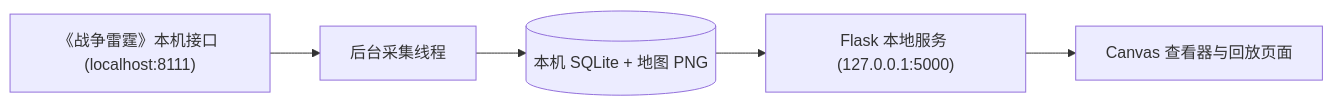
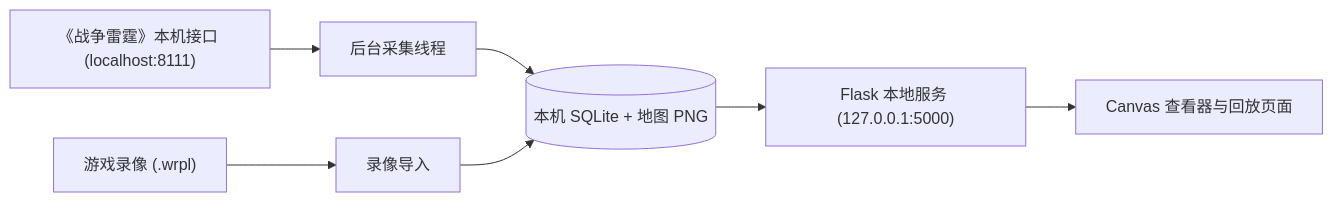
One commit to EvergardenRoxy/WarThunder-Plotter-Plus changed the diagram in README.zh-CN.md. Above: the diagram before and after it, drawn with Mermaid. The commit also changed other lines of this file and 18 other files, not shown here.

````diff
--- a/README.zh-CN.md
+++ b/README.zh-CN.md
@@ -99,7 +99,9 @@
 ```mermaid
 flowchart LR
     WT["《战争雷霆》本机接口 (localhost:8111)"] --> Capture["后台采集线程"]
     Capture --> SQLite[("本机 SQLite + 地图 PNG")]
+    Replay["游戏录像 (.wrpl)"] --> Importer["录像导入"]
+    Importer --> SQLite
     SQLite --> Web["Flask 本地服务 (127.0.0.1:5000)"]
     Web --> Browser["Canvas 查看器与回放页面"]
 ```
````
